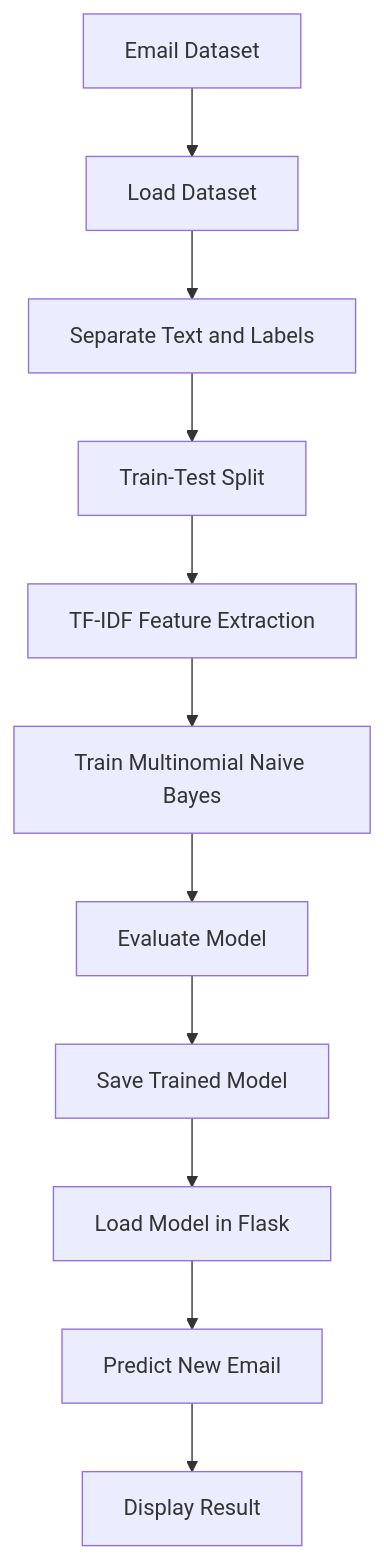
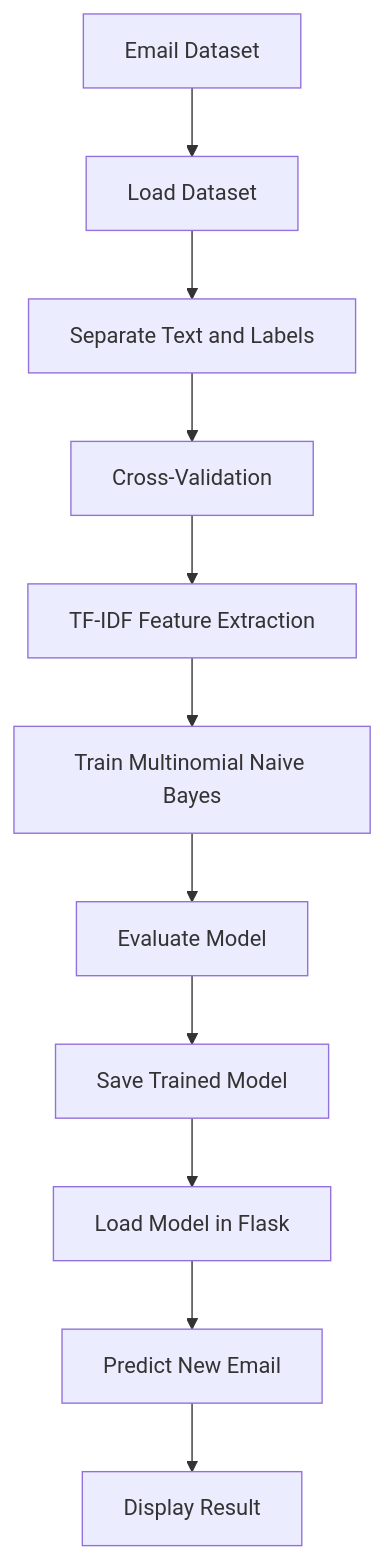
The second of 6 diagrams in PROJECT_REPORT.md (Priyal-Deshmukh/MailGuard-AI), drawn with Mermaid before and after one commit. The commit also changed other lines of this file, not shown here.

````diff
--- a/PROJECT_REPORT.md
+++ b/PROJECT_REPORT.md
@@ -279,13 +299,13 @@
 ```mermaid
 flowchart TD
     A[Email Dataset] --> B[Load Dataset]
     B --> C[Separate Text and Labels]
-    C --> D[Train-Test Split]
+    C --> D[Cross-Validation]
     D --> E[TF-IDF Feature Extraction]
     E --> F[Train Multinomial Naive Bayes]
     F --> G[Evaluate Model]
     G --> H[Save Trained Model]
     H --> I[Load Model in Flask]
     I --> J[Predict New Email]
     J --> K[Display Result]
 ```
````
